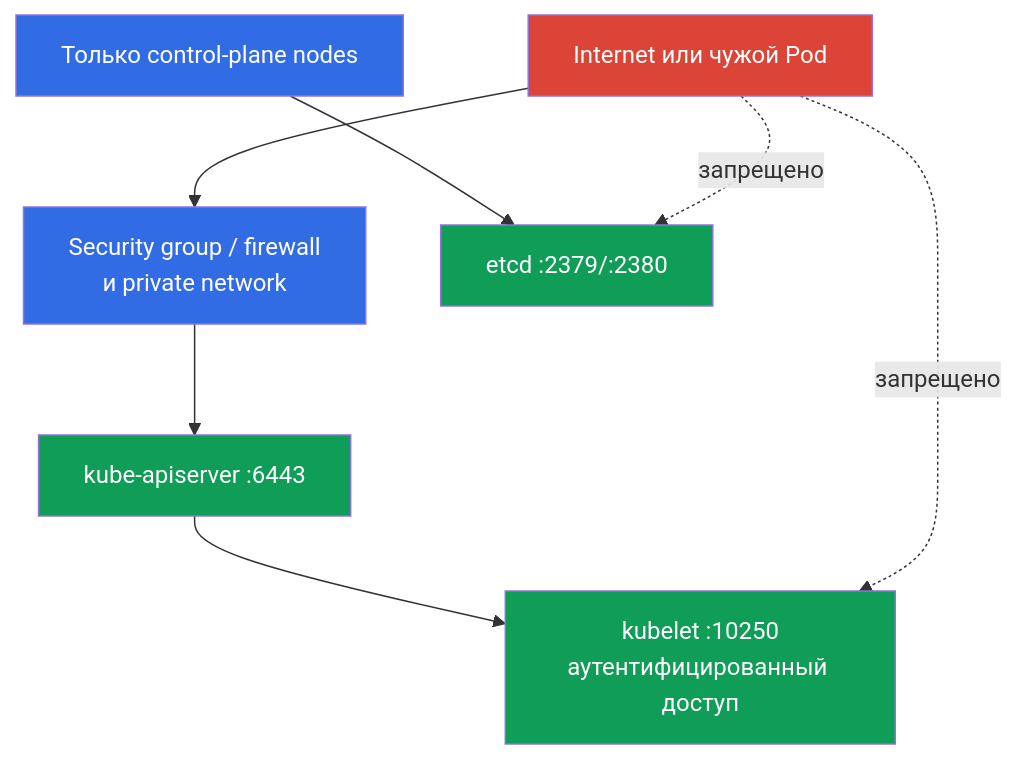
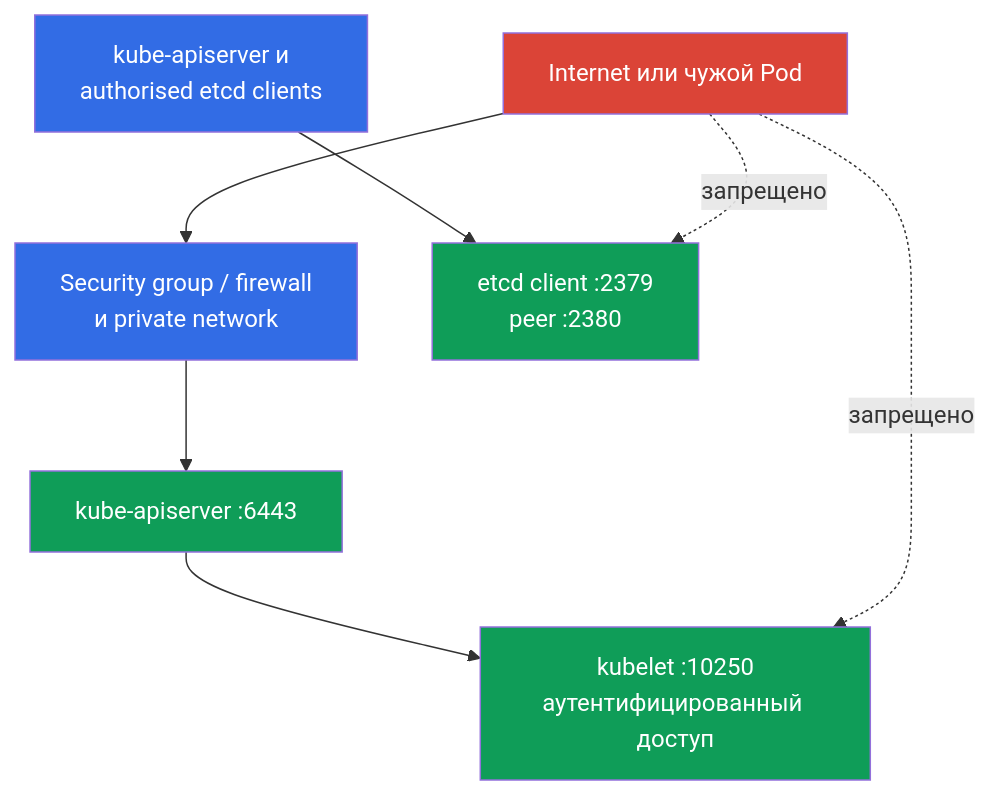
Before and after one commit to ViktorUJ/cks: the second of 2 diagrams in tasks/cks/course/05/ru.md, drawn with Mermaid. The commit also changed other lines of this file and 32 other files, not shown here.

````diff
--- a/tasks/cks/course/05/ru.md
+++ b/tasks/cks/course/05/ru.md
@@ -154,15 +161,15 @@
 ```mermaid
 flowchart TB
     external["Internet или чужой Pod"] --> fw["Security group / firewall<br>и private network"]
     fw --> api["kube-apiserver :6443"]
-    cp["Только control-plane nodes"] --> etcd["etcd :2379/:2380"]
+    cp["kube-apiserver и<br/>authorised etcd clients"] --> etcd["etcd client :2379<br/>peer :2380"]
     api --> kubelet["kubelet :10250<br>аутентифицированный доступ"]
     external -. "запрещено" .-> etcd
     external -. "запрещено" .-> kubelet
     style external fill:#db4437,color:#fff
     style fw fill:#326ce5,color:#fff
     style api fill:#0f9d58,color:#fff
     style cp fill:#326ce5,color:#fff
     style etcd fill:#0f9d58,color:#fff
     style kubelet fill:#0f9d58,color:#fff
 ```
````
